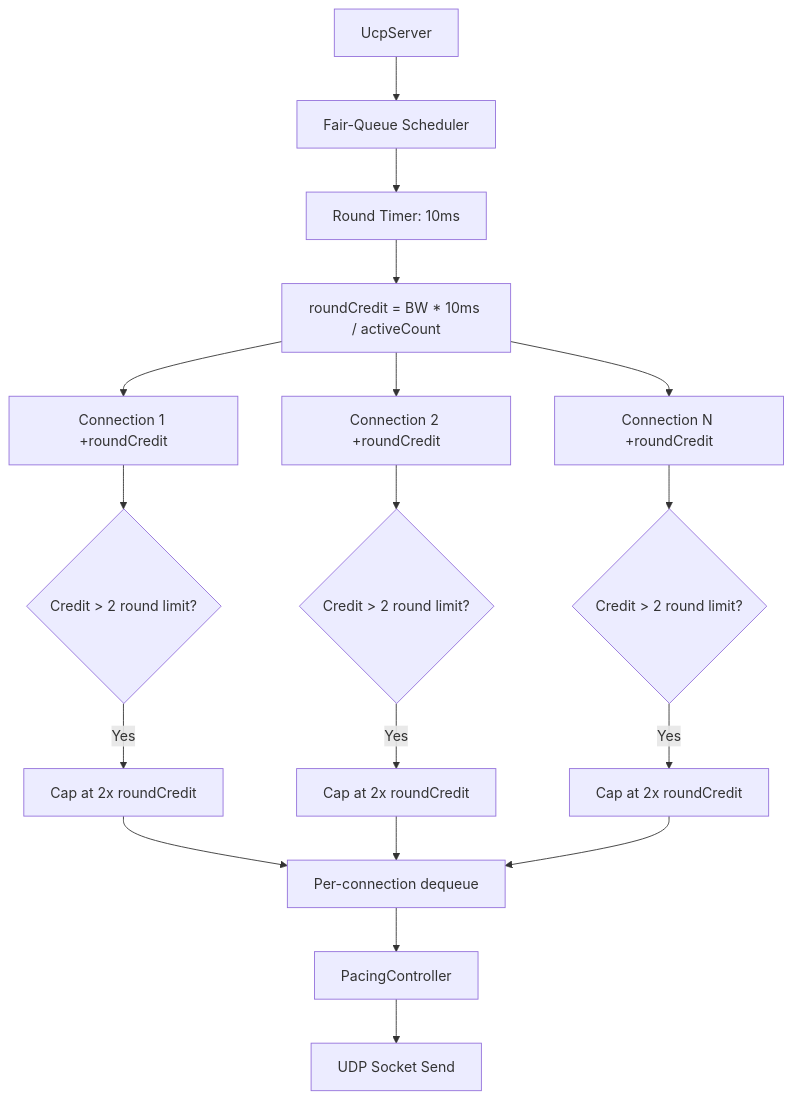
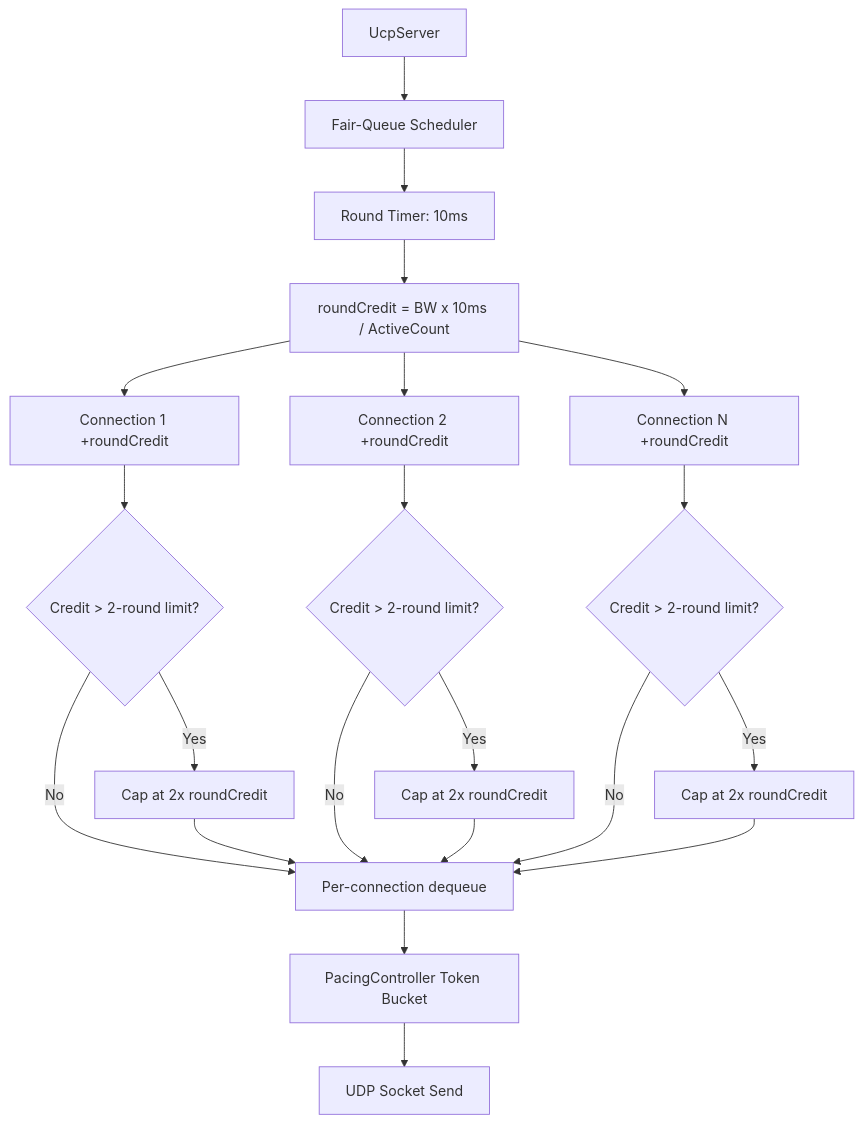
Before and after one commit to liulilittle/ucp: the sixth of 11 diagrams in docs/architecture.md, drawn with Mermaid. The commit also changed other lines of this file and 43 other files, not shown here.

````diff
--- a/docs/architecture.md
+++ b/docs/architecture.md
@@ -247,23 +228,27 @@
 ```mermaid
 flowchart TD
-    Server[UcpServer] --> FQ[Fair-Queue Scheduler]
-    FQ --> Round[Round Timer: 10ms]
-    Round --> Calc[roundCredit = BW * 10ms / activeCount]
-    Calc --> Conn1[Connection 1 +roundCredit]
-    Calc --> Conn2[Connection 2 +roundCredit]
-    Calc --> Conn3[Connection N +roundCredit]
-
-    Conn1 --> Cap1{Credit > 2 round limit?}
-    Conn2 --> Cap2{Credit > 2 round limit?}
-    Conn3 --> Cap3{Credit > 2 round limit?}
-
-    Cap1 -->|Yes| Discard1[Cap at 2x roundCredit]
-    Cap2 -->|Yes| Discard2[Cap at 2x roundCredit]
-    Cap3 -->|Yes| Discard3[Cap at 2x roundCredit]
-
-    Discard1 --> Dequeue[Per-connection dequeue]
+    Server["UcpServer"] --> FQ["Fair-Queue Scheduler"]
+    FQ --> Round["Round Timer: 10ms"]
+    Round --> Calc["roundCredit = BW x 10ms / ActiveCount"]
+    Calc --> Conn1["Connection 1 +roundCredit"]
+    Calc --> Conn2["Connection 2 +roundCredit"]
+    Calc --> Conn3["Connection N +roundCredit"]
+    
+    Conn1 --> Cap1{"Credit > 2-round limit?"}
+    Conn2 --> Cap2{"Credit > 2-round limit?"}
+    Conn3 --> Cap3{"Credit > 2-round limit?"}
+    
+    Cap1 -->|"Yes"| Discard1["Cap at 2x roundCredit"]
+    Cap2 -->|"Yes"| Discard2["Cap at 2x roundCredit"]
+    Cap3 -->|"Yes"| Discard3["Cap at 2x roundCredit"]
+    
+    Cap1 -->|"No"| Dequeue["Per-connection dequeue"]
+    Discard1 --> Dequeue
+    Cap2 -->|"No"| Dequeue
     Discard2 --> Dequeue
+    Cap3 -->|"No"| Dequeue
     Discard3 --> Dequeue
-    Dequeue --> Pacing[PacingController]
-    Pacing --> Socket[UDP Socket Send]
+    
+    Dequeue --> Pacing["PacingController Token Bucket"]
+    Pacing --> Socket["UDP Socket Send"]
 ```
````
